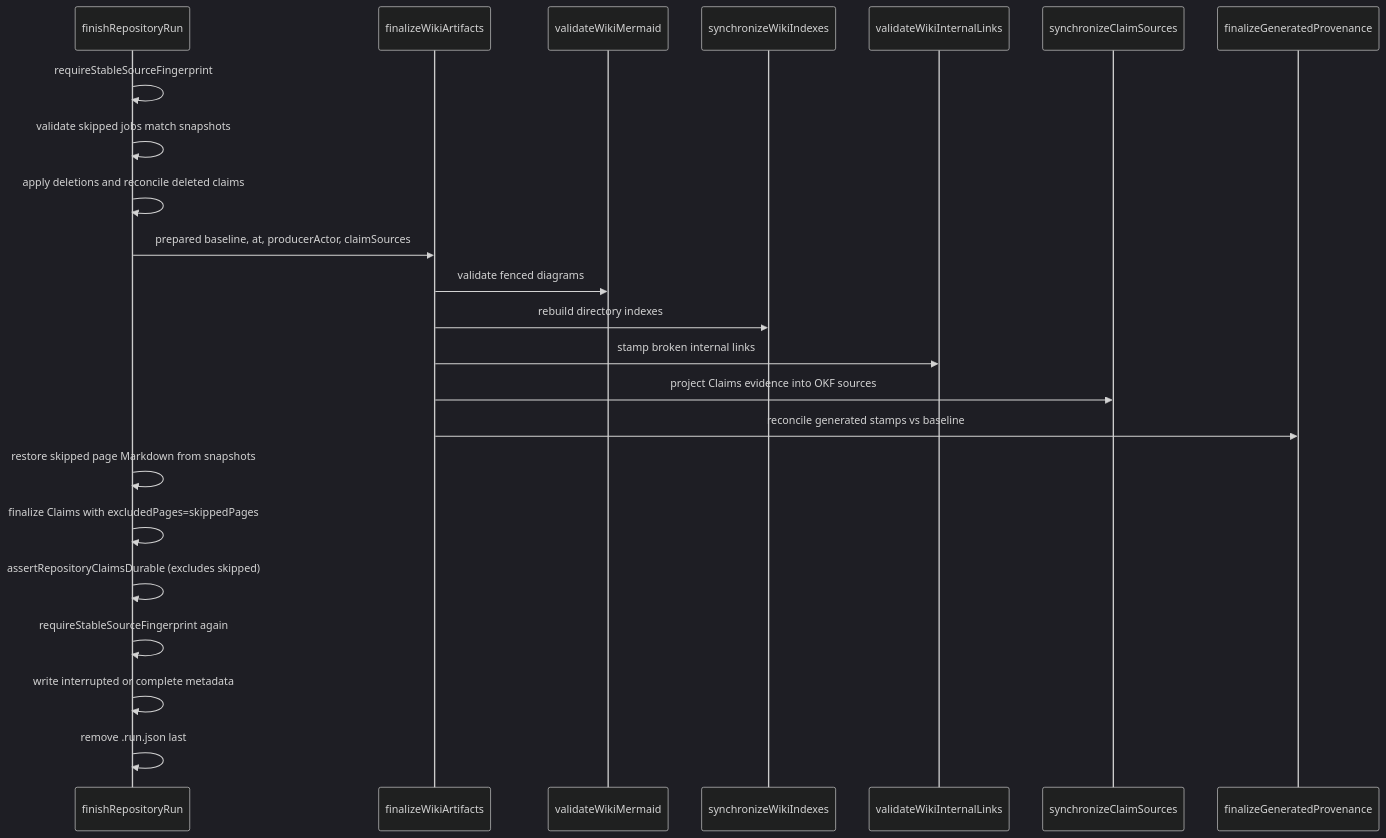
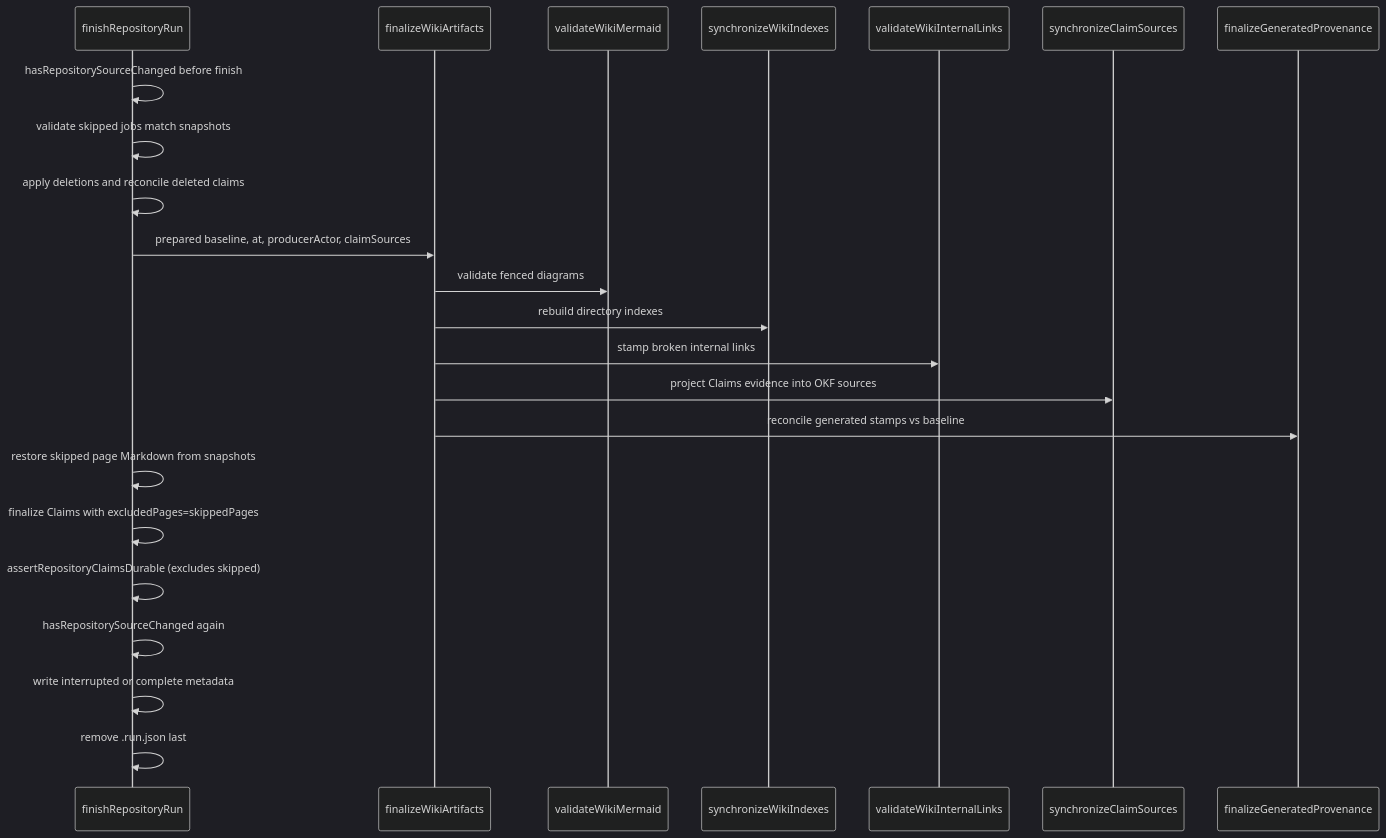
One commit to Christian-Sidak/openwiki changed the diagram in openwiki/workflows/wiki-finalization.md. Above: the diagram before and after it, drawn with Mermaid (dark theme). The commit also changed other lines of this file and 16 other files, not shown here.

````diff
--- a/openwiki/workflows/wiki-finalization.md
+++ b/openwiki/workflows/wiki-finalization.md
@@ -64,25 +68,25 @@
 ```mermaid
 sequenceDiagram
     participant Caller as finishRepositoryRun
     participant Fin as finalizeWikiArtifacts
     participant Mermaid as validateWikiMermaid
     participant Index as synchronizeWikiIndexes
     participant LinkVal as validateWikiInternalLinks
     participant Claims as synchronizeClaimSources
     participant Prov as finalizeGeneratedProvenance
-    Caller->>Caller: requireStableSourceFingerprint
+    Caller->>Caller: hasRepositorySourceChanged before finish
     Caller->>Caller: validate skipped jobs match snapshots
     Caller->>Caller: apply deletions and reconcile deleted claims
     Caller->>Fin: prepared baseline, at, producerActor, claimSources
     Fin->>Mermaid: validate fenced diagrams
     Fin->>Index: rebuild directory indexes
     Fin->>LinkVal: stamp broken internal links
     Fin->>Claims: project Claims evidence into OKF sources
     Fin->>Prov: reconcile generated stamps vs baseline
     Caller->>Caller: restore skipped page Markdown from snapshots
     Caller->>Caller: finalize Claims with excludedPages=skippedPages
     Caller->>Caller: assertRepositoryClaimsDurable (excludes skipped)
-    Caller->>Caller: requireStableSourceFingerprint again
+    Caller->>Caller: hasRepositorySourceChanged again
     Caller->>Caller: write interrupted or complete metadata
     Caller->>Caller: remove .run.json last
 ```
````
